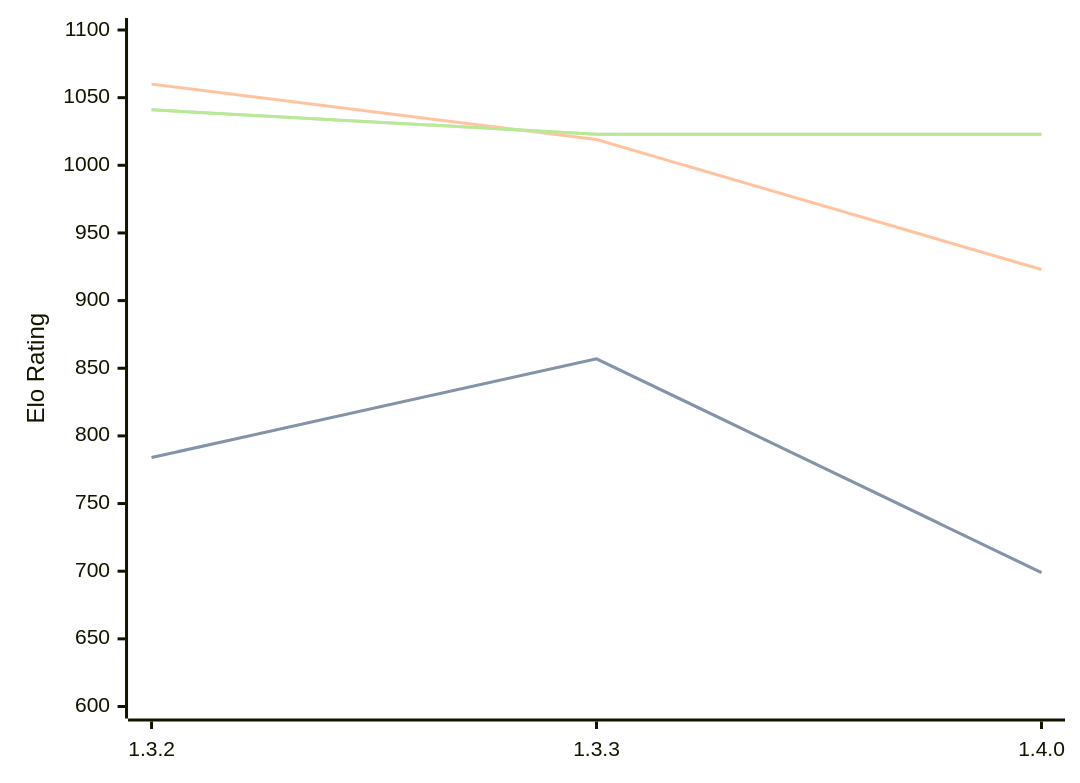
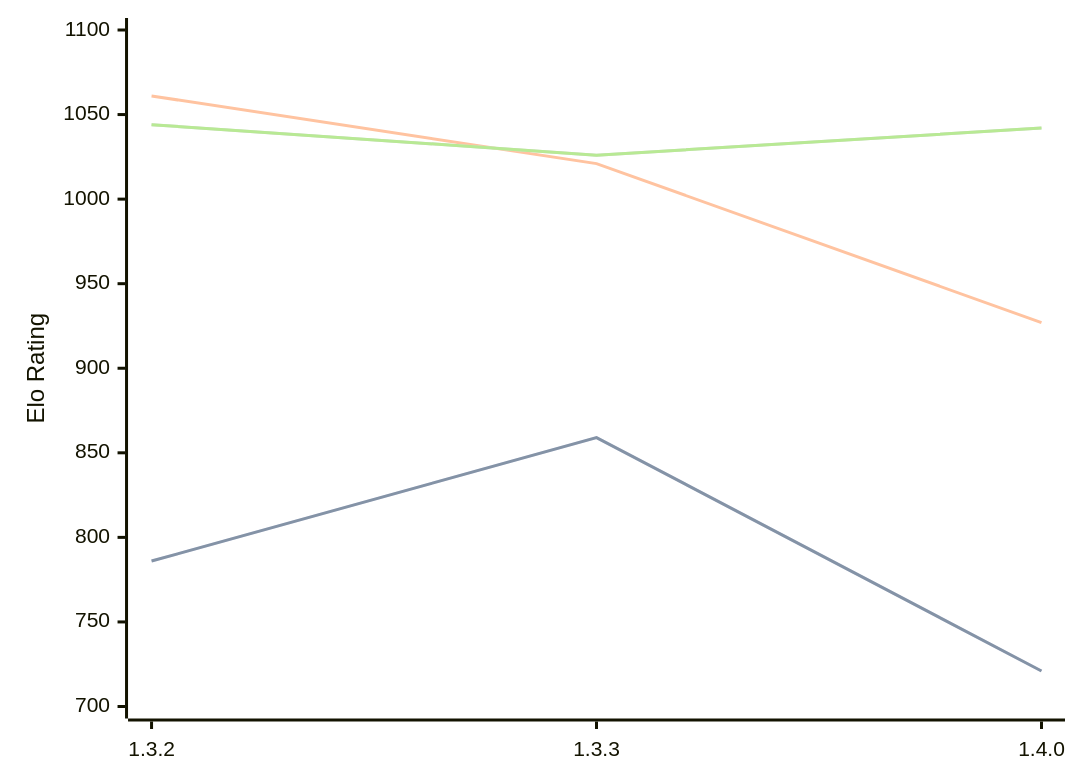
The diagram in engines/Whitespine.md (computer-chess-index/cci), drawn with Mermaid before and after one commit. The commit also changed other lines of this file, not shown here.

Commit message:
Update CCI Ratings (ELO VLTC) - 2026-08-23

````diff
--- a/engines/Whitespine.md
+++ b/engines/Whitespine.md
@@ -33,11 +33,11 @@
 ```mermaid
 %%{init: {"theme":"base","themeVariables":{"seriesColors:['#a3a3a3','#222221','#faa371']}}}%%
 xychart-beta
   x-axis ["1.3.2", "1.3.3", "1.4.0"]
-  y-axis "Elo Rating" 600 --> 1100
-  line "STC (8.0+0.08s)" [784, 857, 699]
-  line "STC (8.0+0.08s)" [784, 857, 699]
-  line "LTC (60.0+0.60s)" [1060, 1019, 923]
-  line "VLTC (2m24s+1.12s)" [1041, 1023, 1023]
-  line "VLTC (2m24s+1.12s)" [1041, 1023, 1023]
+  y-axis "Elo Rating" 700 --> 1100
+  line "STC (8.0+0.08s)" [786, 859, 721]
+  line "STC (8.0+0.08s)" [786, 859, 721]
+  line "LTC (60.0+0.60s)" [1061, 1021, 927]
+  line "VLTC (2m24s+1.12s)" [1044, 1026, 1042]
+  line "VLTC (2m24s+1.12s)" [1044, 1026, 1042]
 ```
````
